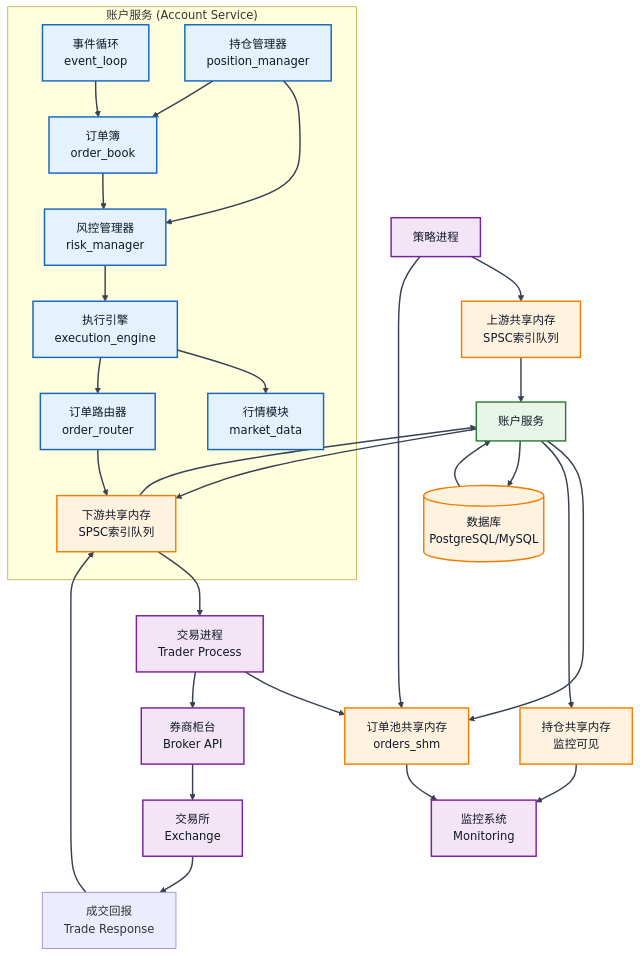
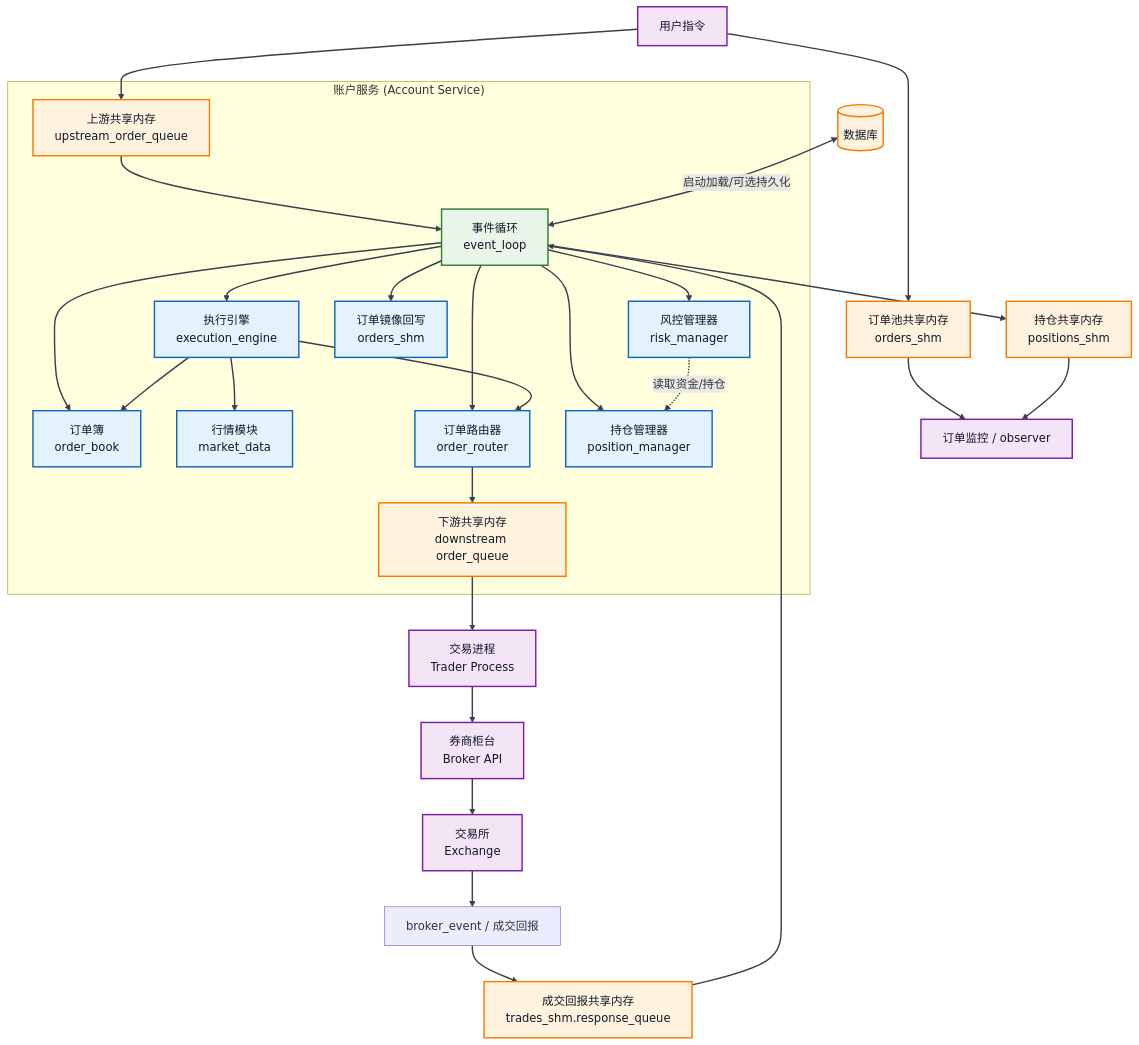
The diagram in docs/order_architecture.mmd (monstersama/account_services), drawn with Mermaid before and after one commit. The commit also changed 15 other files, not shown here.

```diff
--- a/docs/order_architecture.mmd
+++ b/docs/order_architecture.mmd
@@ -1,63 +1,55 @@
 %%{init: {'theme': 'base', 'themeVariables': {'background': '#ffffff', 'textColor': '#111827', 'lineColor': '#374151', 'fontSize': '18px', 'fontFamily': '"Microsoft YaHei","PingFang SC","Noto Sans SC",sans-serif', 'edgeLabelBackground': '#ffffff'}}}%%
-%% 组件交互图 - 系统架构
+%% 组件交互图 - 当前实现
 graph TB
-    Strategy[策略进程] --> UpstreamSHM[上游共享内存<br/>SPSC索引队列]
-    Strategy --> OrdersSHM[订单池共享内存<br/>orders_shm]
-
-    UpstreamSHM --> AccountService[账户服务]
+    UserInstruction[用户指令] --> OrdersSHM[订单池共享内存<br/>orders_shm]
+    UserInstruction --> UpstreamSHM[上游共享内存<br/>upstream_order_queue]
 
     subgraph "账户服务 (Account Service)"
         EventLoop[事件循环<br/>event_loop]
         OrderBook[订单簿<br/>order_book]
         RiskManager[风控管理器<br/>risk_manager]
         ExecutionEngine[执行引擎<br/>execution_engine]
         MarketData[行情模块<br/>market_data]
         OrderRouter[订单路由器<br/>order_router]
         PositionManager[持仓管理器<br/>position_manager]
+        OrdersMirror[订单镜像回写<br/>orders_shm]
 
+        UpstreamSHM --> EventLoop
         EventLoop --> OrderBook
-        OrderBook --> RiskManager
-        RiskManager --> ExecutionEngine
+        EventLoop --> RiskManager
+        EventLoop --> ExecutionEngine
+        EventLoop --> OrderRouter
+        EventLoop --> PositionManager
+        EventLoop --> OrdersMirror
+
+        RiskManager -.读取资金/持仓.-> PositionManager
         ExecutionEngine --> MarketData
         ExecutionEngine --> OrderRouter
+        ExecutionEngine --> OrderBook
         OrderRouter --> DownstreamSHM
-        PositionManager --> RiskManager
-        PositionManager --> OrderBook
     end
 
-    AccountService --> DownstreamSHM[下游共享内存<br/>SPSC索引队列]
+    DownstreamSHM[下游共享内存<br/>downstream order_queue] --> Trader[交易进程<br/>Trader Process]
+    Trader --> Broker[券商柜台<br/>Broker API]
+    Broker --> Exchange[交易所<br/>Exchange]
+    Exchange --> BrokerEvent[broker_event / 成交回报]
+    BrokerEvent --> TradesSHM[成交回报共享内存<br/>trades_shm.response_queue]
+    TradesSHM --> EventLoop
 
-    DownstreamSHM --> Trader[交易进程<br/>Trader Process]
-    Trader --> OrdersSHM
+    OrdersSHM --> Monitor[订单监控 / observer]
+    PositionSHM[持仓共享内存<br/>positions_shm] --> Monitor
+    EventLoop --> PositionSHM
 
-    Trader --> Broker[券商柜台<br/>Broker API]
-
-    Broker --> Exchange[交易所<br/>Exchange]
-
-    Exchange --> TradeResponse[成交回报<br/>Trade Response]
-
-    TradeResponse --> DownstreamSHM
-
-    DownstreamSHM --> AccountService
-
-    AccountService --> OrdersSHM
-    AccountService --> PositionSHM[持仓共享内存<br/>监控可见]
-
-    OrdersSHM --> Monitor[监控系统<br/>Monitoring]
-    PositionSHM --> Monitor[监控系统<br/>Monitoring]
-
-    AccountService --> Database[(数据库<br/>PostgreSQL/MySQL)]
-
-    Database --> AccountService
+    AccountDB[(数据库)] <-->|启动加载/可选持久化| EventLoop
 
     classDef external fill:#f3e5f5,stroke:#7b1fa2,stroke-width:2px,color:#111827,font-size:16px
     classDef service fill:#e8f5e8,stroke:#2e7d32,stroke-width:2px,color:#111827,font-size:16px
     classDef component fill:#e3f2fd,stroke:#1565c0,stroke-width:2px,color:#111827,font-size:16px
     classDef storage fill:#fff3e0,stroke:#f57c00,stroke-width:2px,color:#111827,font-size:16px
 
     linkStyle default stroke:#374151,stroke-width:2px
 
-    class Strategy,Trader,Broker,Exchange,Monitor external
-    class AccountService service
-    class EventLoop,OrderBook,RiskManager,ExecutionEngine,MarketData,OrderRouter,PositionManager component
-    class UpstreamSHM,DownstreamSHM,OrdersSHM,PositionSHM,Database storage
+    class UserInstruction,Trader,Broker,Exchange,Monitor external
+    class EventLoop service
+    class OrderBook,RiskManager,ExecutionEngine,MarketData,OrderRouter,PositionManager,OrdersMirror component
+    class OrdersSHM,UpstreamSHM,DownstreamSHM,TradesSHM,PositionSHM,AccountDB storage
```
